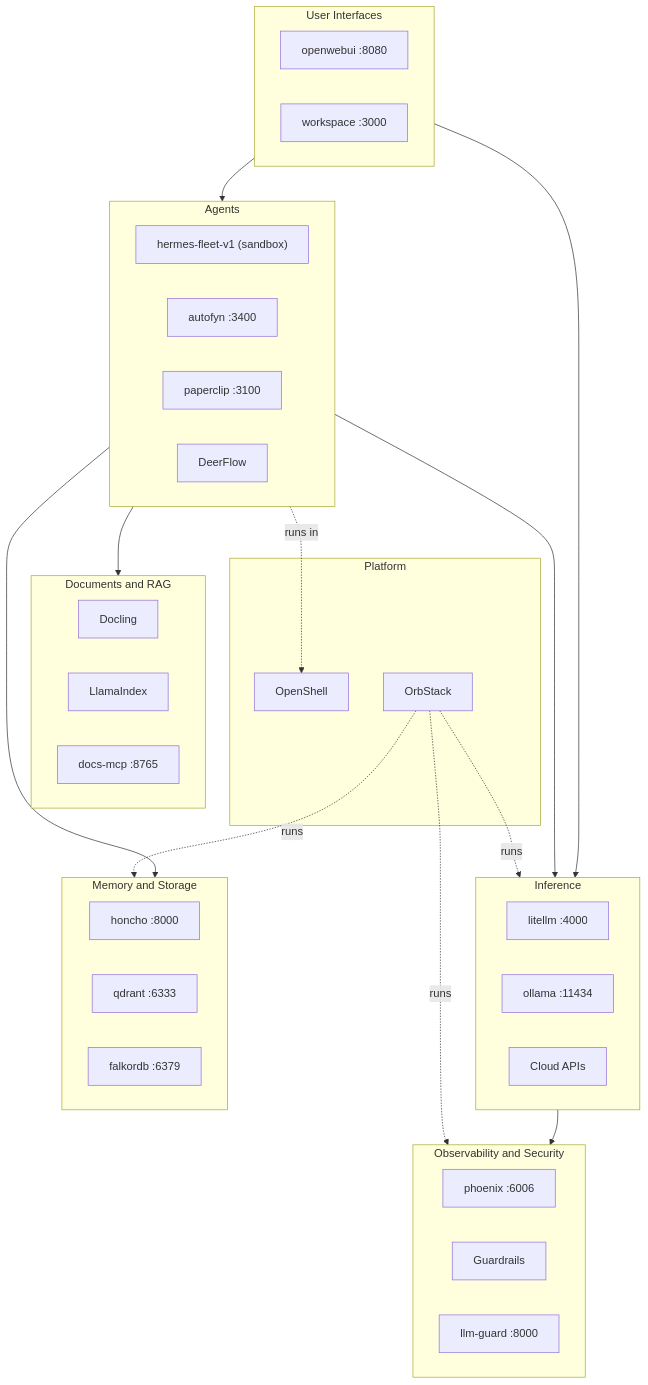
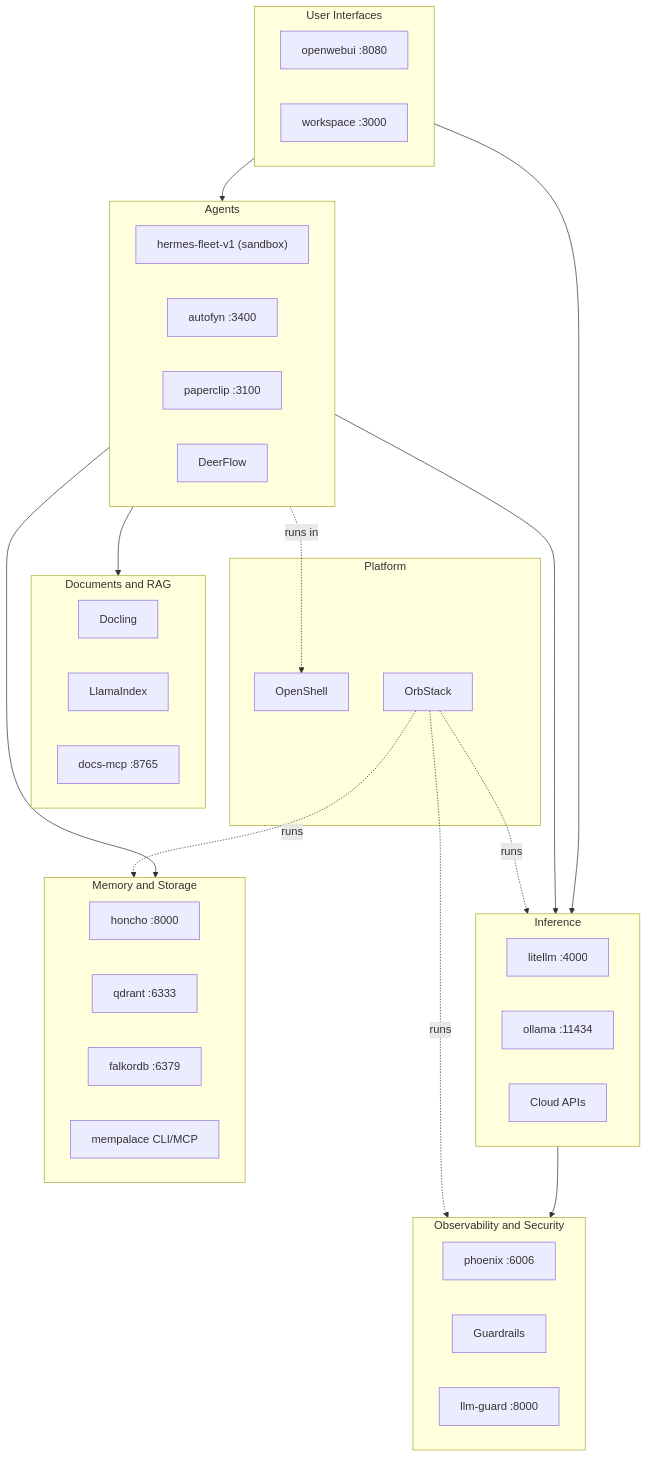
Before and after one commit to mayssamj/versatile-ai-stack: the first of 22 diagrams in doc/STACK-GUIDE.md, drawn with Mermaid. The commit also changed other lines of this file and 34 other files, not shown here.

````diff
--- a/doc/STACK-GUIDE.md
+++ b/doc/STACK-GUIDE.md
@@ -11,47 +11,48 @@
 ```mermaid
 flowchart TB
   subgraph UI[User Interfaces]
     OWU[openwebui :8080]
     HW[workspace :3000]
   end
   subgraph AGENT[Agents]
     HF["hermes-fleet-v1 (sandbox)"]
     AF[autofyn :3400]
     PC[paperclip :3100]
     DF[DeerFlow]
   end
   subgraph INF[Inference]
     LL[litellm :4000]
     OL[ollama :11434]
     CL[Cloud APIs]
   end
   subgraph MEM[Memory and Storage]
     HO[honcho :8000]
     QD[qdrant :6333]
     FK[falkordb :6379]
+    MP[mempalace CLI/MCP]
   end
   subgraph DOCS[Documents and RAG]
     DC[Docling]
     LI[LlamaIndex]
     MCP[docs-mcp :8765]
   end
   subgraph OBS[Observability and Security]
     PX[phoenix :6006]
     GR[Guardrails]
     LG[llm-guard :8000]
   end
   subgraph PLAT[Platform]
     OS[OpenShell]
     OB[OrbStack]
   end
   UI --> AGENT
   UI --> INF
   AGENT --> INF
   AGENT --> MEM
   AGENT --> DOCS
   INF --> OBS
   AGENT -.runs in.-> OS
   OB -.runs.-> INF
   OB -.runs.-> MEM
   OB -.runs.-> OBS
 ```
````
